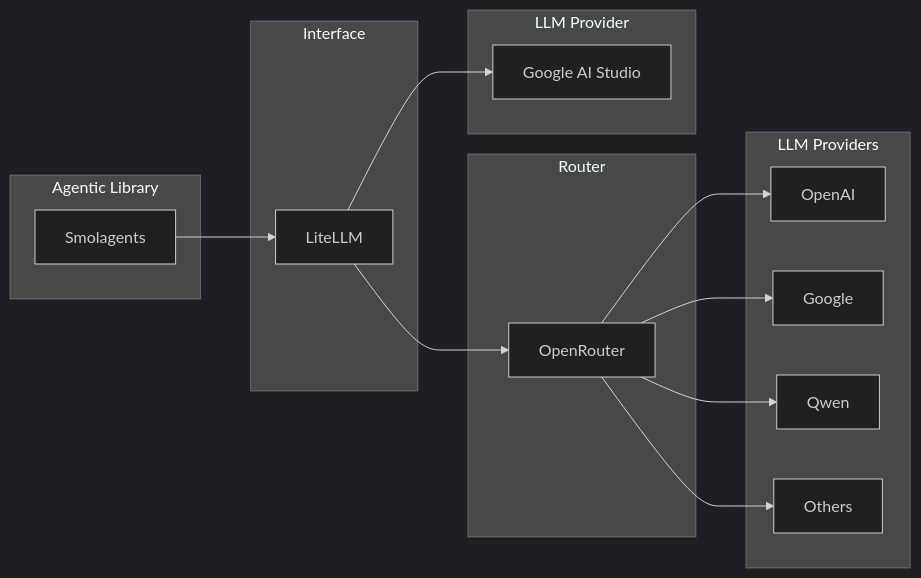
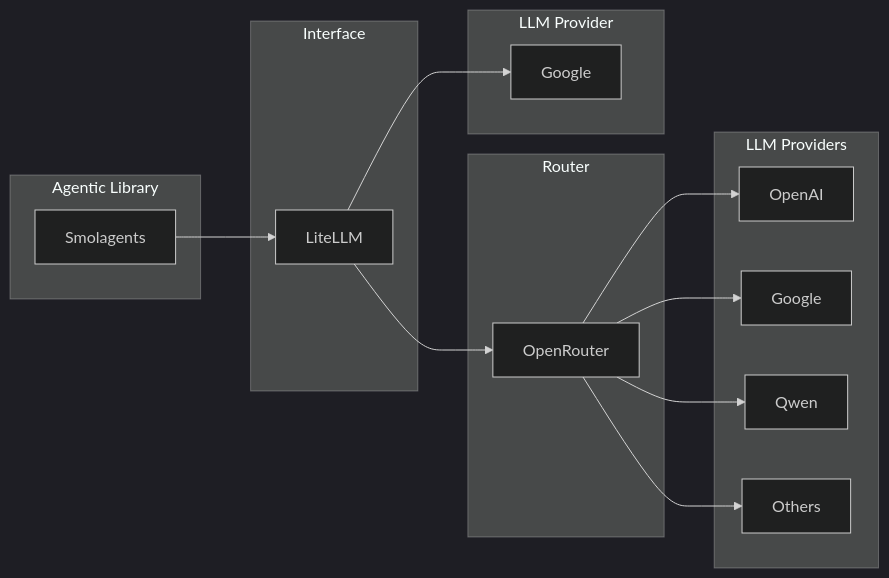
Before and after one commit to lokumai/smolagents-quickstart-template: the diagram in docs/api_key.md, drawn with Mermaid (dark theme).

Commit message:
refactor(docs): update Google AI Studio label to Google in API key setup guide

````diff
--- a/docs/api_key.md
+++ b/docs/api_key.md
@@ -7,28 +7,28 @@
 ```mermaid
 flowchart LR
 	subgraph AGENTIC_LIB["Agentic Library"]
 		A["Smolagents"]
 	end
 	subgraph INTERFACE["Interface"]
 		B["LiteLLM"]
 	end
 	subgraph ROUTER["Router"]
 		C["OpenRouter"]
 	end
 	subgraph PROVIDER1["LLM Provider"]
-		D["Google AI Studio"]
+		D["Google"]
 	end
 	subgraph PROVIDERS["LLM Providers"]
 		E1["OpenAI"]
 		E2["Google"]
 		E3["Qwen"]
 		E4["Others"]
 	end
 	A --> B
 	B --> C
 	B --> D
 	C --> E1
 	C --> E2
 	C --> E3
 	C --> E4
 ```
````
